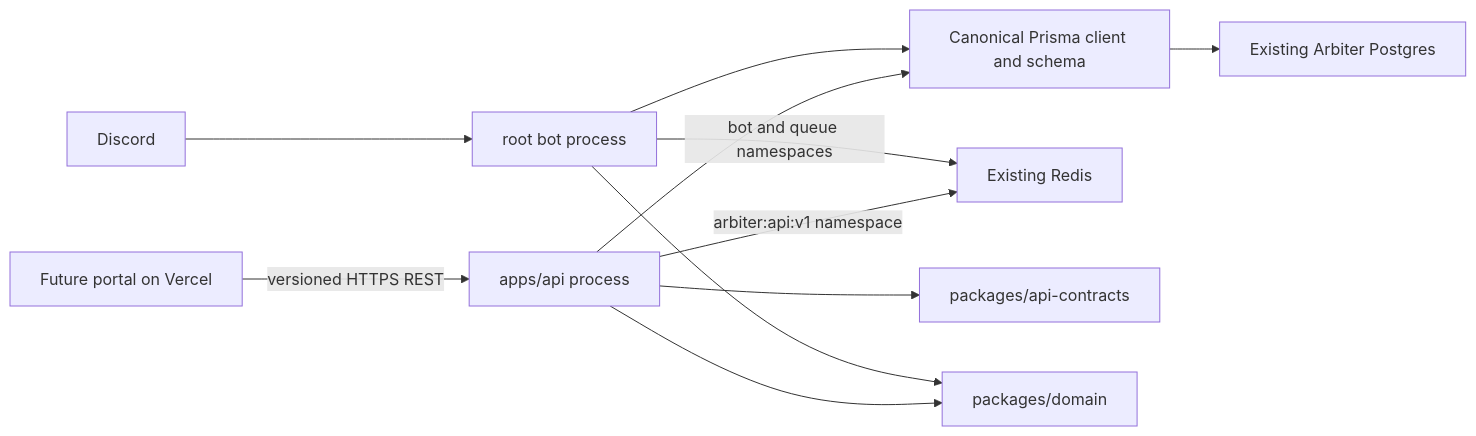
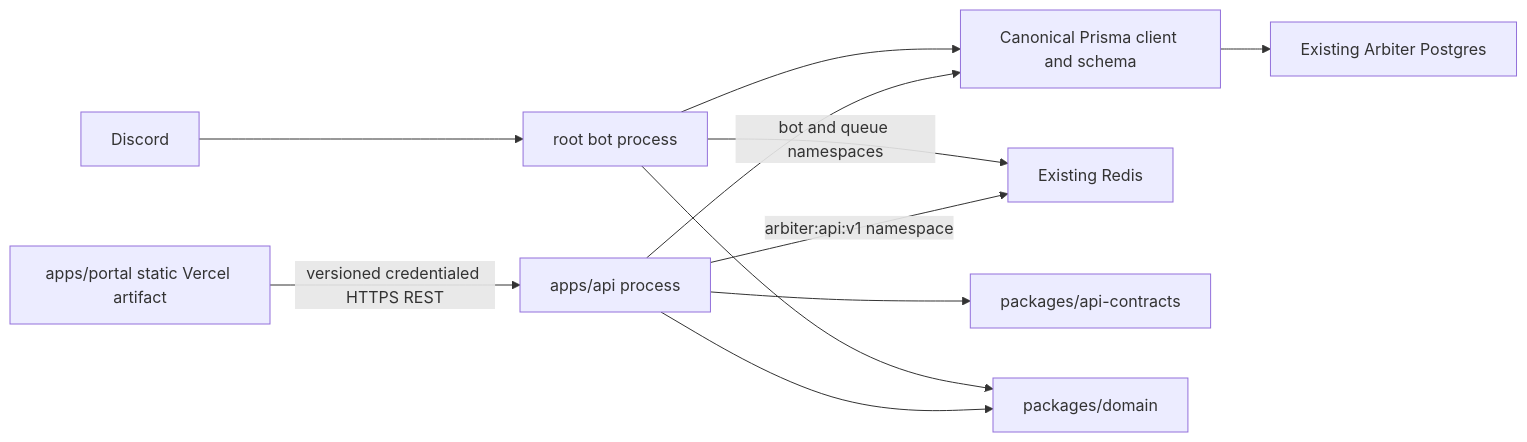
One commit to EvenLegion/Arbiter changed the second of 2 diagrams in website/docs/architecture/system-guide.md. Above: the diagram before and after it, drawn with Mermaid. The commit also changed other lines of this file and 39 other files, not shown here.

Commit message:
feat(api): add staff integration registry portal

````diff
--- a/website/docs/architecture/system-guide.md
+++ b/website/docs/architecture/system-guide.md
@@ -53,13 +53,13 @@
 ```mermaid
 flowchart LR
-    P["Future portal on Vercel"] -->|"versioned HTTPS REST"| A["apps/api process"]
+    P["apps/portal static Vercel artifact"] -->|"versioned credentialed HTTPS REST"| A["apps/api process"]
     D["Discord"] --> B["root bot process"]
     A --> C["Canonical Prisma client and schema"]
     B --> C
     C --> PG["Existing Arbiter Postgres"]
     A -->|"arbiter:api:v1 namespace"| R["Existing Redis"]
     B -->|"bot and queue namespaces"| R
     A --> AC["packages/api-contracts"]
     A --> DOM["packages/domain"]
     B --> DOM
 ```
````
